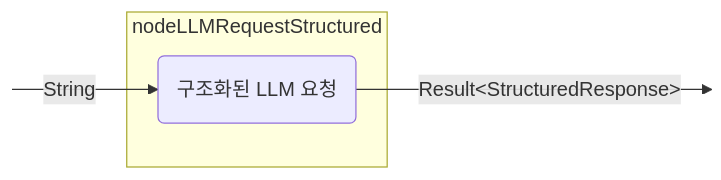
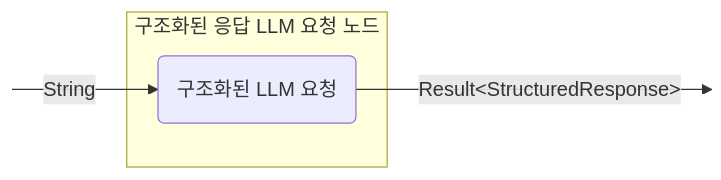
The seventh of 15 diagrams in docs/ko/koog/nodes-and-components.md (BinaryTape/Open-Docs), drawn with Mermaid before and after one commit. The commit also changed other lines of this file and 164 other files, not shown here.

````diff
--- a/docs/ko/koog/nodes-and-components.md
+++ b/docs/ko/koog/nodes-and-components.md
@@ -363,13 +363,13 @@
 ```mermaid
 graph LR
     in:::hidden
     out:::hidden
     
-    subgraph node ["nodeLLMRequestStructured"]
+    subgraph node ["구조화된 응답 LLM 요청 노드"]
         execute(구조화된 LLM 요청)
     end
     
     in --String--> execute -- "Result&lt;StructuredResponse&gt;" --> out
 
     classDef hidden display: none;
 ```
````
